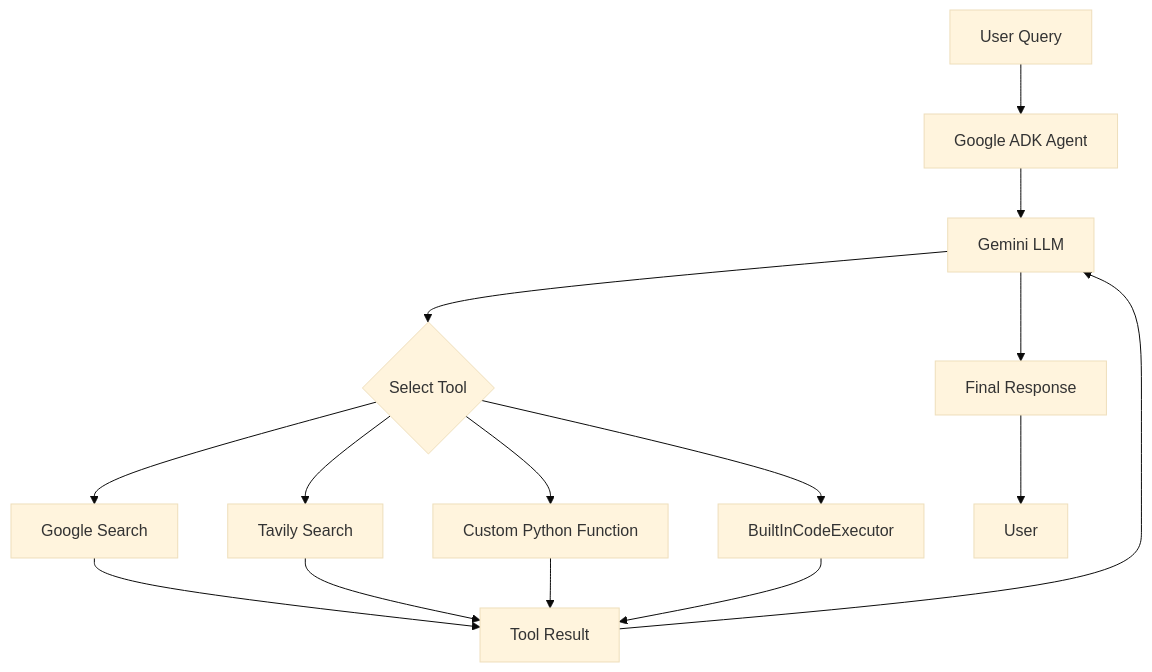
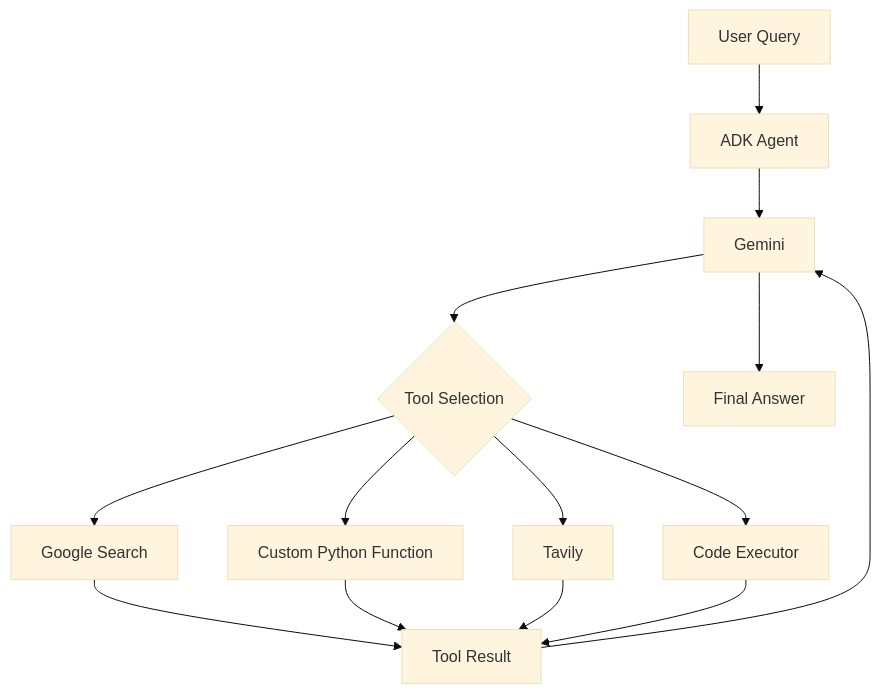
The third of 5 diagrams in README.md (mayanknegi22/Google-adk), drawn with Mermaid (base theme) before and after one commit. The commit also changed other lines of this file, not shown here.

Commit message:
Improve README documentation for ADK projects

````diff
--- a/README.md
+++ b/README.md
@@ -462,20 +492,16 @@
 ```mermaid
 flowchart TD
-    A[User Query] --> B[Google ADK Agent]
-    B --> C[Gemini LLM]
-    C --> D{Select Tool}
-
+    A[User Query] --> B[ADK Agent]
+    B --> C[Gemini]
+    C --> D{Tool Selection}
     D --> E[Google Search]
-    D --> F[Tavily Search]
-    D --> G[Custom Python Function]
-    D --> H[BuiltInCodeExecutor]
-
+    D --> F[Custom Python Function]
+    D --> G[Tavily]
+    D --> H[Code Executor]
     E --> I[Tool Result]
     F --> I
     G --> I
     H --> I
-
     I --> C
-    C --> J[Final Response]
-    J --> K[User]
+    C --> J[Final Answer]
 ```
````
